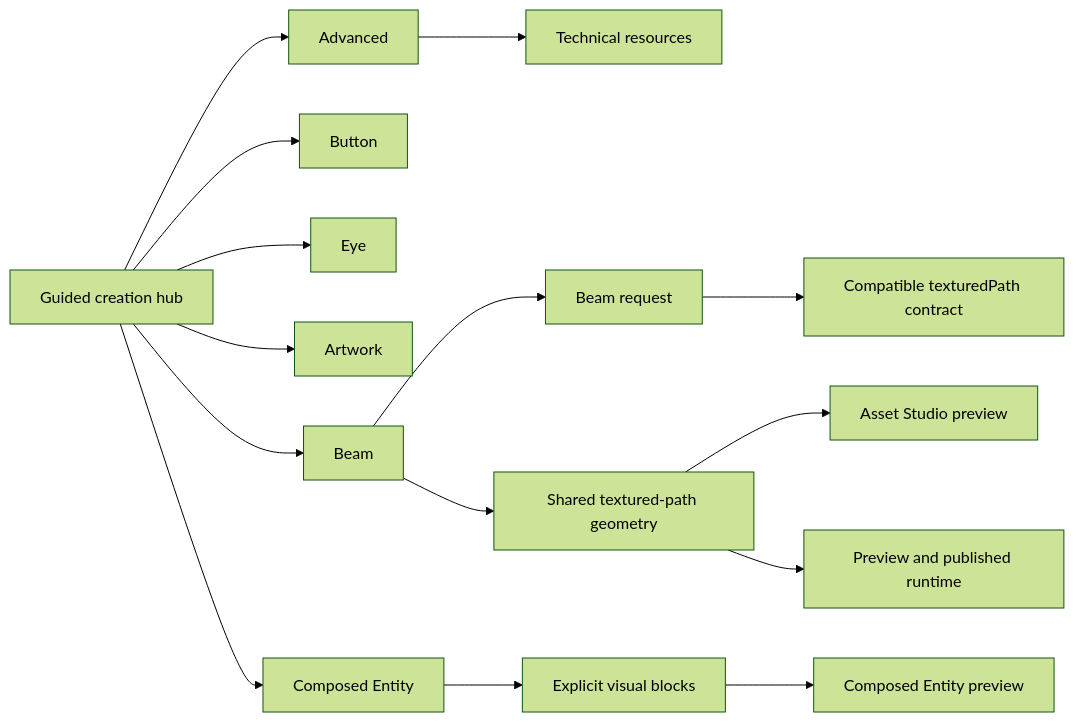
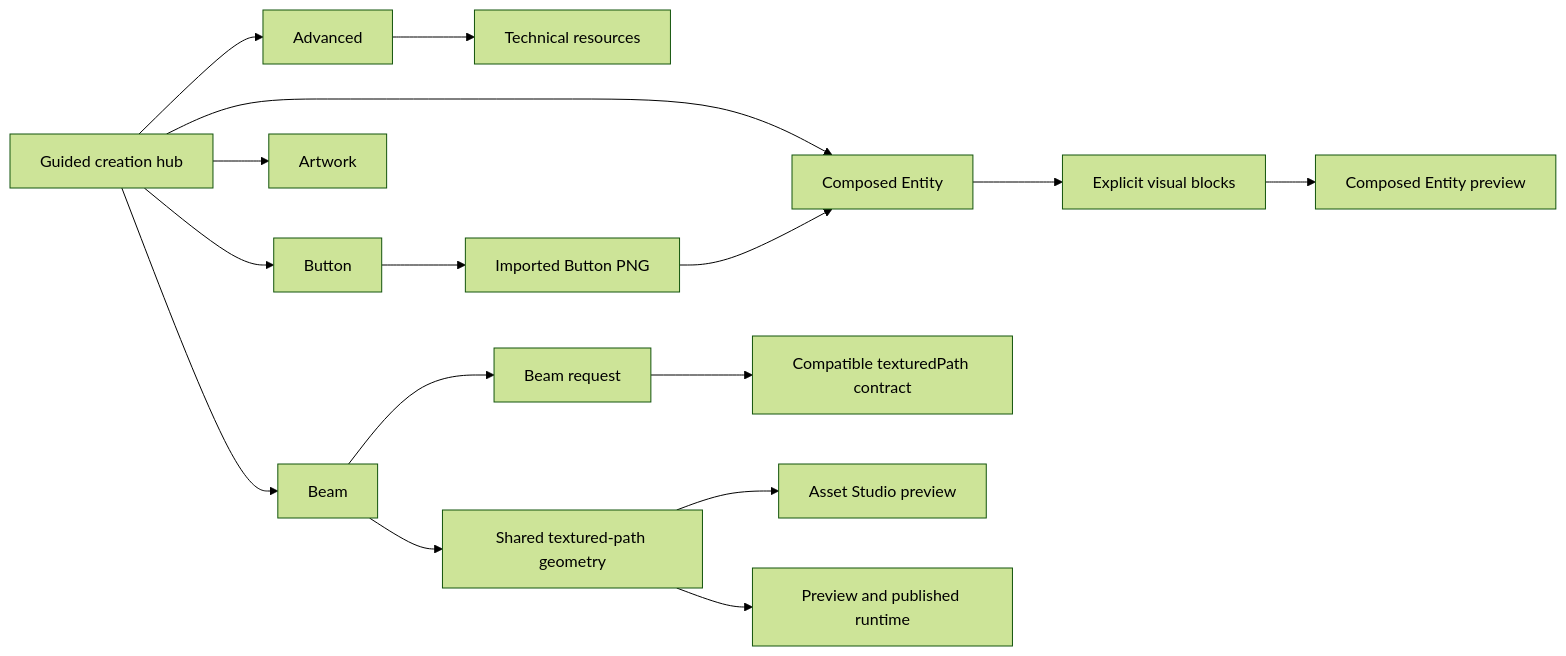
The second of 2 diagrams in docs/architecture/components/studio-ux.md (tristan-monticelli/vertex-loom), drawn with Mermaid (forest theme) before and after one commit. The commit also changed other lines of this file and 38 other files, not shown here.

Commit message:
refactor(asset-studio): remove fake eye and button presets

````diff
--- a/docs/architecture/components/studio-ux.md
+++ b/docs/architecture/components/studio-ux.md
@@ -66,17 +67,18 @@
 ```mermaid
 flowchart LR
     Hub[Guided creation hub] --> Beam[Beam]
     Hub --> Button[Button]
-    Hub --> Eye[Eye]
     Hub --> Artwork[Artwork]
     Hub --> Entity[Composed Entity]
     Hub --> Advanced[Advanced]
     Advanced --> Technical[Technical resources]
     Beam --> BeamContract[Beam request]
     BeamContract --> Legacy[Compatible texturedPath contract]
     Beam --> Shared[Shared textured-path geometry]
+    Button --> ButtonTexture[Imported Button PNG]
+    ButtonTexture --> Entity
     Shared --> Studio[Asset Studio preview]
     Shared --> Runtime[Preview and published runtime]
     Entity --> Blocks[Explicit visual blocks]
     Blocks --> EntityPreview[Composed Entity preview]
 ```
````
